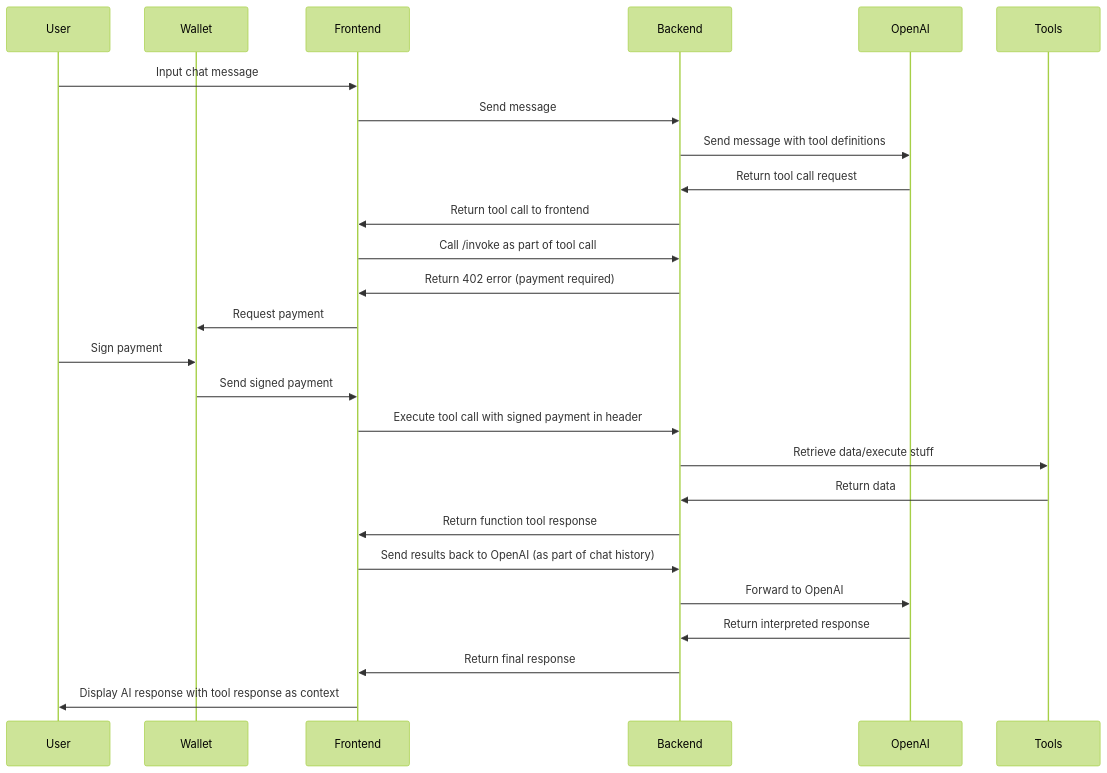
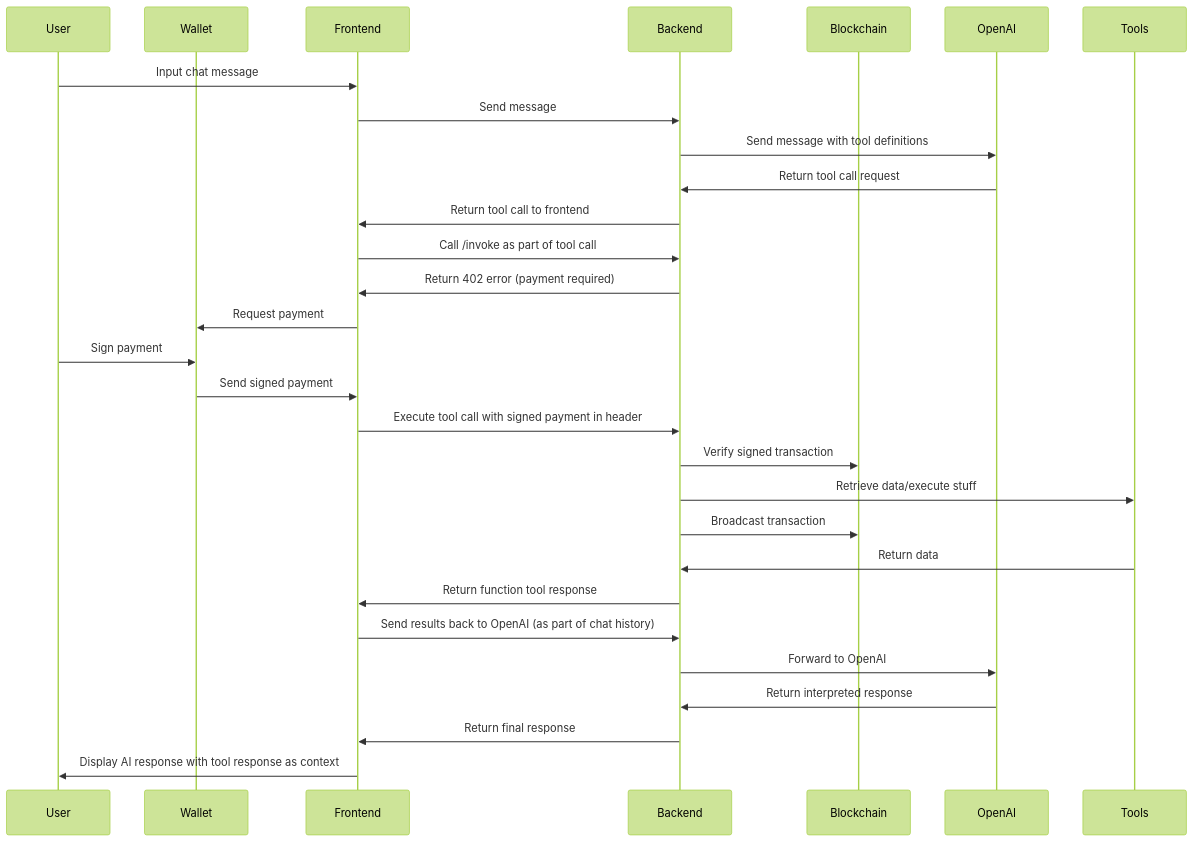
The diagram in README.md (SharkofMirkwood/x402-agent-gateway), drawn with Mermaid (forest theme) before and after one commit. The commit also changed other lines of this file and 1 other file, not shown here.

Commit message:
Add disclaimer & update chart

````diff
--- a/README.md
+++ b/README.md
@@ -136,29 +138,32 @@
 ```mermaid
 sequenceDiagram
     participant User
     participant Wallet
     participant Frontend
     participant Backend
+    participant Blockchain
     participant OpenAI
     participant Tools
 
     User->>Frontend: Input chat message
     Frontend->>Backend: Send message
     Backend->>OpenAI: Send message with tool definitions
     OpenAI->>Backend: Return tool call request
     Backend->>Frontend: Return tool call to frontend
     Frontend->>Backend: Call /invoke as part of tool call
     Backend->>Frontend: Return 402 error (payment required)
     Frontend->>Wallet: Request payment
     User->>Wallet: Sign payment
     Wallet->>Frontend: Send signed payment
     Frontend->>Backend: Execute tool call with signed payment in header
+    Backend->>Blockchain: Verify signed transaction
     Backend->>Tools: Retrieve data/execute stuff
+    Backend->>Blockchain: Broadcast transaction
     Tools->>Backend: Return data
     Backend->>Frontend: Return function tool response
     Frontend->>Backend: Send results back to OpenAI (as part of chat history)
     Backend->>OpenAI: Forward to OpenAI
     OpenAI->>Backend: Return interpreted response
     Backend->>Frontend: Return final response
     Frontend->>User: Display AI response with tool response as context
 ```
````
